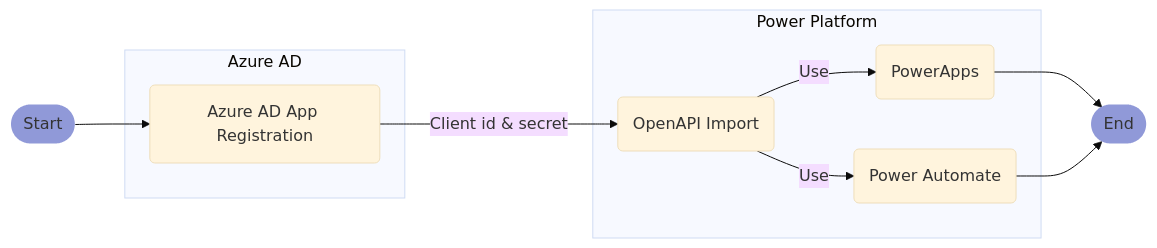
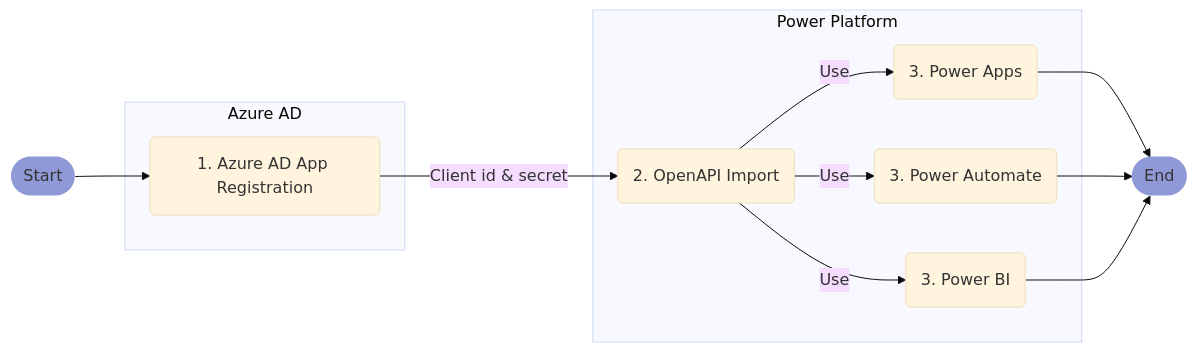
Before and after one commit to SalesTim/tech-hub: the diagram in src/app/nocode/power-platform.md, drawn with Mermaid (base theme). The commit also changed other lines of this file and 330 other files, not shown here.

````diff
--- a/src/app/nocode/power-platform.md
+++ b/src/app/nocode/power-platform.md
@@ -20,28 +15,31 @@
 ```mermaid
 graph LR
 
     %% Nodes
     s([Start])
     subgraph adop[Azure AD]
-        appreg(Azure AD App Registration)
+        appreg(1. Azure AD App Registration)
     end
     subgraph pp[Power Platform]
-        openapi(OpenAPI Import)
-        papps(PowerApps)
-        pauto(Power Automate)
+        openapi(2. OpenAPI Import)
+        papps(3. Power Apps)
+        pauto(3. Power Automate)
+        pbi(3. Power BI)
     end
     e([End])
 
     %% Styles
     classDef startend fill:#9099d8, stroke-width:0px;
         class s startend
         class e startend
 
     %% Links
     s --> appreg
     appreg -->|Client id & secret| openapi
     openapi -->|Use| papps
     openapi -->|Use| pauto
+    openapi -->|Use| pbi
     papps --> e
     pauto --> e
+    pbi --> e
 ```
````
